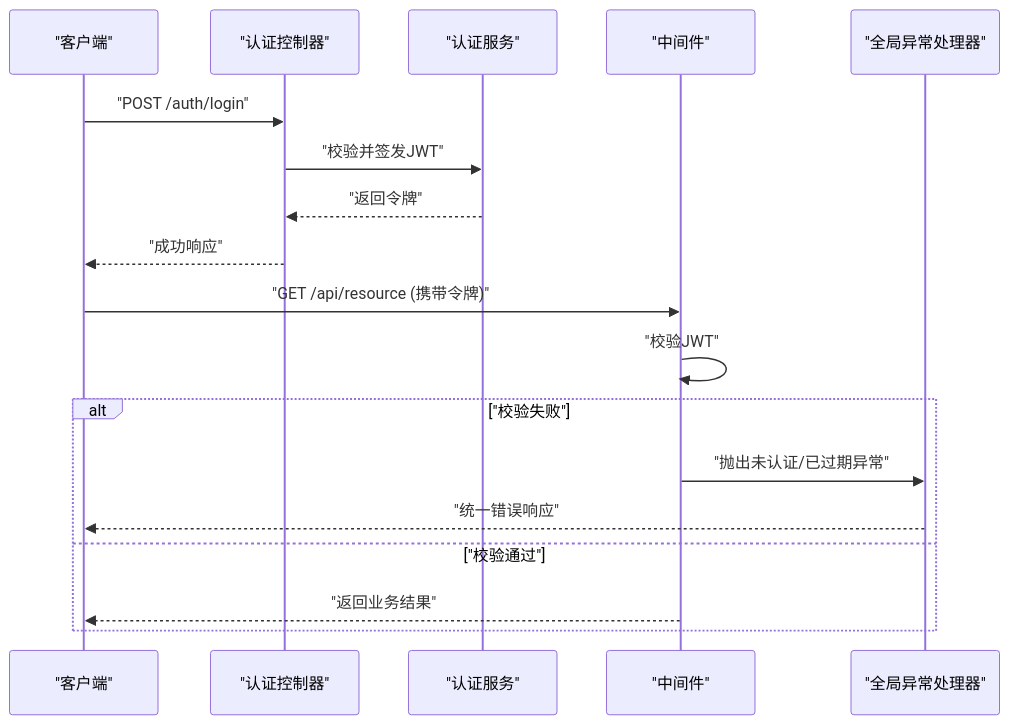
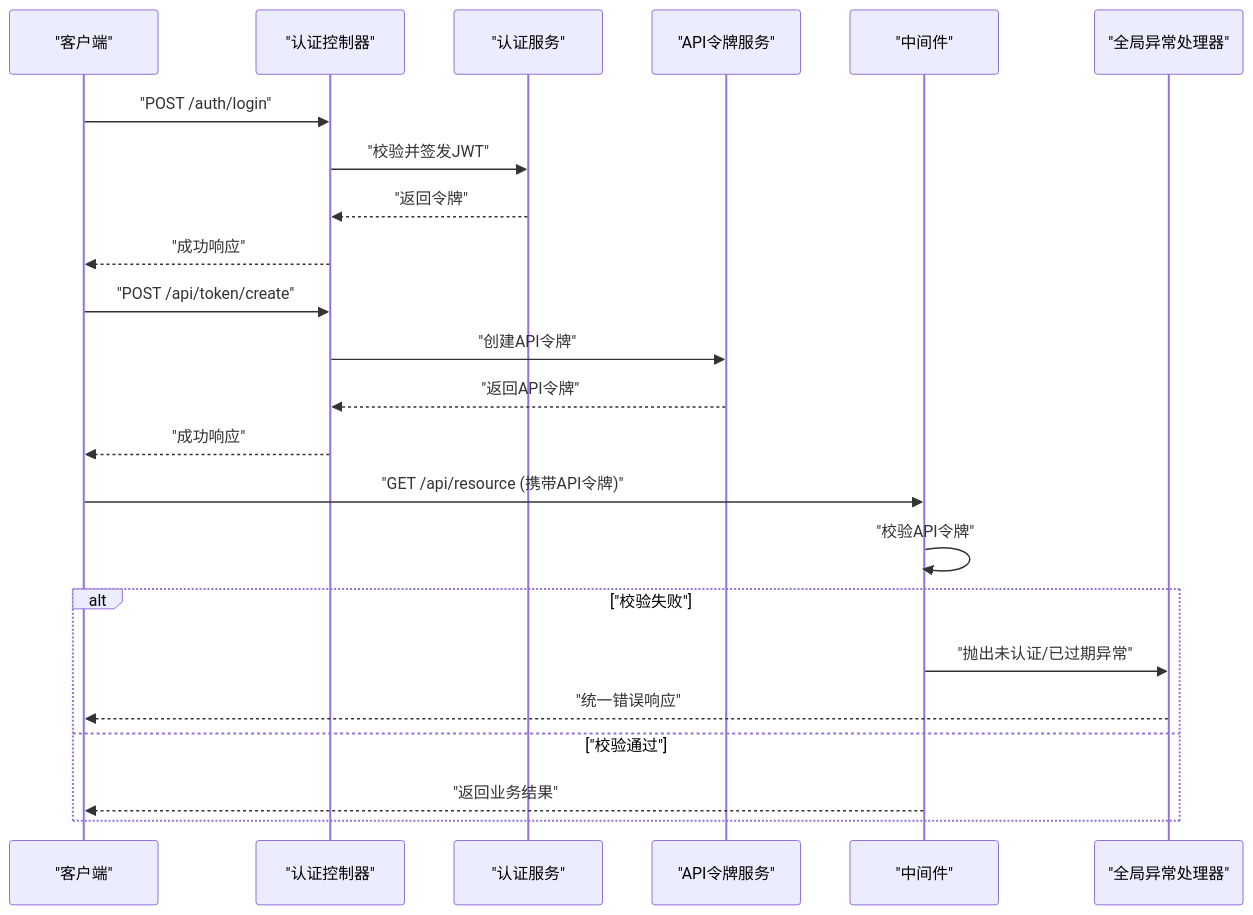
Before and after one commit to liming-lihaini/workflow: diagram 11 of 14 in .qoder/repowiki/zh/content/API接口文档/用户认证API.md, drawn with Mermaid. The commit also changed other lines of this file and 45 other files, not shown here.

````diff
--- a/.qoder/repowiki/zh/content/API接口文档/用户认证API.md
+++ b/.qoder/repowiki/zh/content/API接口文档/用户认证API.md
@@ -393,20 +486,25 @@
 ```mermaid
 sequenceDiagram
 participant C as "客户端"
 participant A as "认证控制器"
 participant S as "认证服务"
+participant AS as "API令牌服务"
 participant M as "中间件"
 participant H as "全局异常处理器"
 C->>A : "POST /auth/login"
 A->>S : "校验并签发JWT"
 S-->>A : "返回令牌"
 A-->>C : "成功响应"
-C->>M : "GET /api/resource (携带令牌)"
-M->>M : "校验JWT"
+C->>A : "POST /api/token/create"
+A->>AS : "创建API令牌"
+AS-->>A : "返回API令牌"
+A-->>C : "成功响应"
+C->>M : "GET /api/resource (携带API令牌)"
+M->>M : "校验API令牌"
 alt "校验失败"
 M->>H : "抛出未认证/已过期异常"
 H-->>C : "统一错误响应"
 else "校验通过"
 M-->>C : "返回业务结果"
 end
 ```
````
